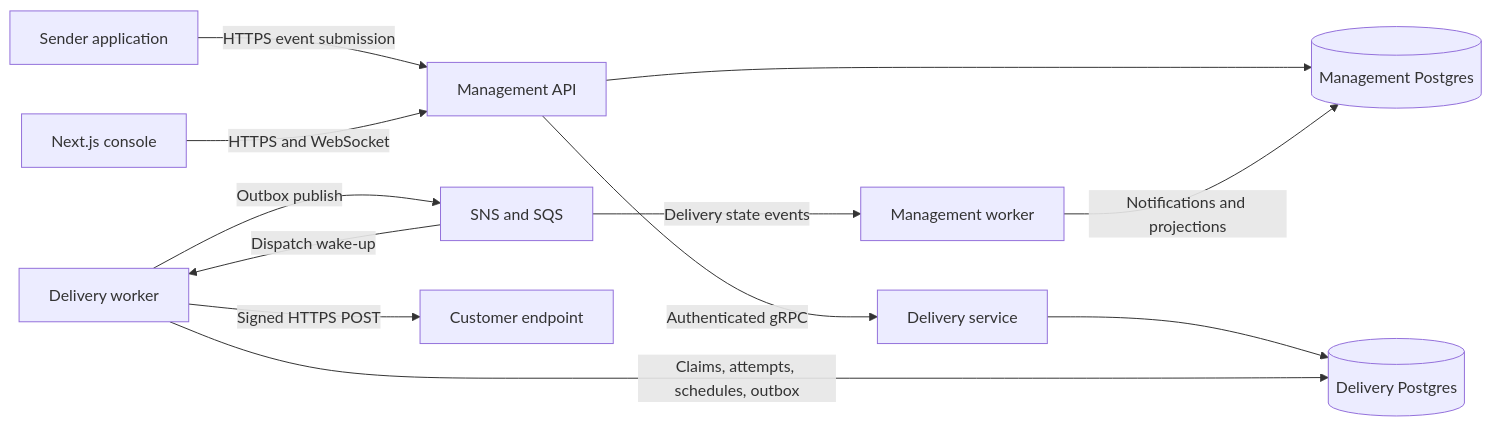
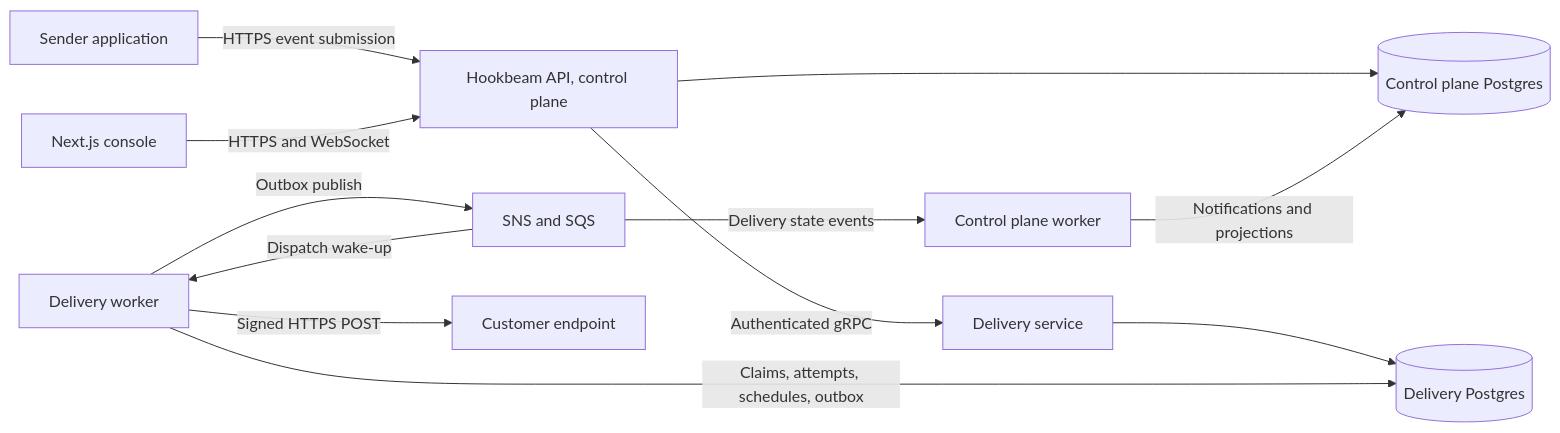
Before and after one commit to bete7512/hookbeam: the diagram in product/README.md, drawn with Mermaid. The commit also changed other lines of this file and 6 other files, not shown here.

````diff
--- a/product/README.md
+++ b/product/README.md
@@ -410,14 +410,14 @@
 ```mermaid
 flowchart LR
-    Sender[Sender application] -->|HTTPS event submission| API[Management API]
+    Sender[Sender application] -->|HTTPS event submission| API[Hookbeam API, control plane]
     UI[Next.js console] -->|HTTPS and WebSocket| API
-    API --> MDB[(Management Postgres)]
+    API --> MDB[(Control plane Postgres)]
     API -->|Authenticated gRPC| Delivery[Delivery service]
     Delivery --> DDB[(Delivery Postgres)]
     Worker[Delivery worker] -->|Claims, attempts, schedules, outbox| DDB
     Worker -->|Outbox publish| Bus[SNS and SQS]
     Bus -->|Dispatch wake-up| Worker
     Worker -->|Signed HTTPS POST| Receiver[Customer endpoint]
-    Bus -->|Delivery state events| MW[Management worker]
+    Bus -->|Delivery state events| MW[Control plane worker]
     MW -->|Notifications and projections| MDB
 ```
````
